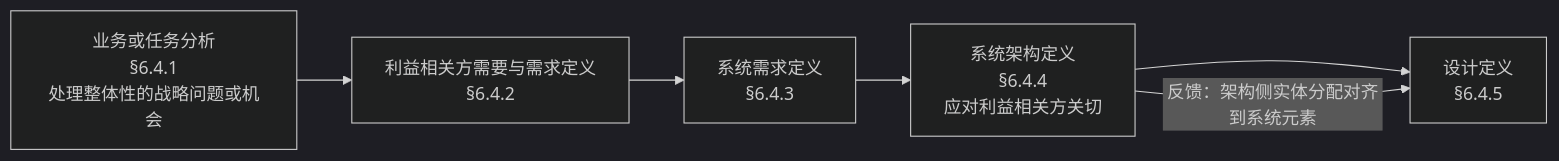
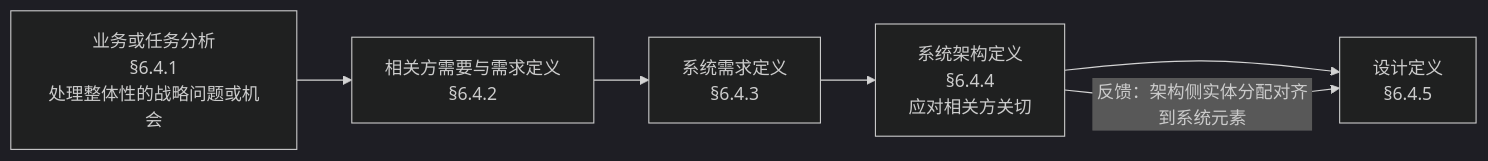
Before and after one commit to Yongjunzhou/business-Engineering: the fifth of 7 diagrams in 10-系统工程研究/00-系统工程相关研究报告/42-架构研究报告-从定义句与目的到三张清单治理与视图.md, drawn with Mermaid (dark theme). The commit also changed other lines of this file and 69 other files, not shown here.

````diff
--- a/10-系统工程研究/00-系统工程相关研究报告/42-架构研究报告-从定义句与目的到三张清单治理与视图.md
+++ b/10-系统工程研究/00-系统工程相关研究报告/42-架构研究报告-从定义句与目的到三张清单治理与视图.md
@@ -880,5 +880,5 @@
 ```mermaid
 flowchart LR
-  B["业务或任务分析<br/>§6.4.1<br/>处理整体性的战略问题或机会"] --> N["利益相关方需要与需求定义<br/>§6.4.2"] --> R["系统需求定义<br/>§6.4.3"] --> AR["系统架构定义<br/>§6.4.4<br/>应对利益相关方关切"] --> DE["设计定义<br/>§6.4.5"]
+  B["业务或任务分析<br/>§6.4.1<br/>处理整体性的战略问题或机会"] --> N["相关方需要与需求定义<br/>§6.4.2"] --> R["系统需求定义<br/>§6.4.3"] --> AR["系统架构定义<br/>§6.4.4<br/>应对相关方关切"] --> DE["设计定义<br/>§6.4.5"]
   AR -->|"反馈：架构侧实体分配对齐到系统元素"| DE
 ```
````
